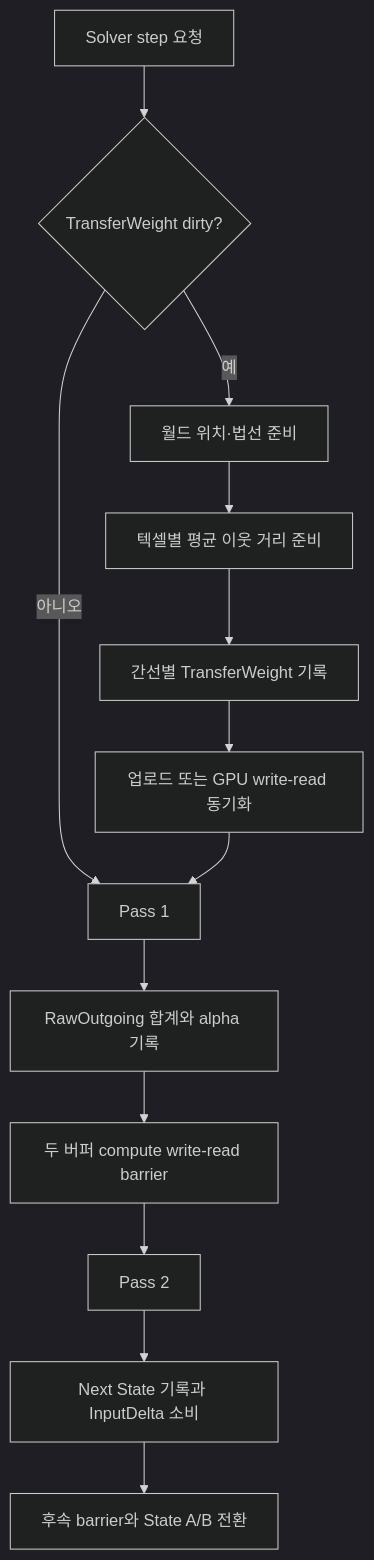
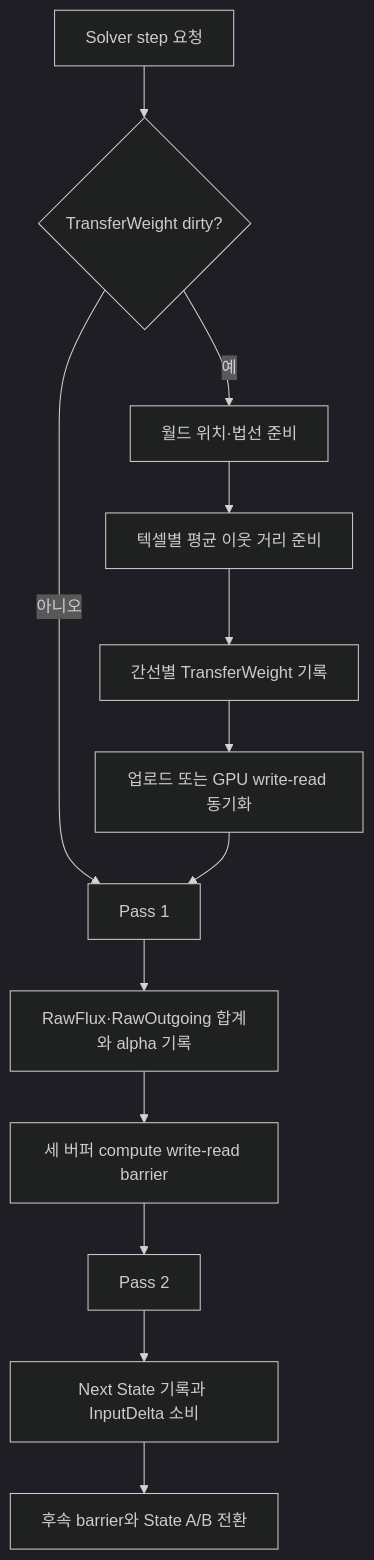
Before and after one commit to Yonaim/Material-Dependent-Surface-State-Engine: the second of 2 diagrams in Docs/MDSSP-Vault/04_Architecture/0007_Surface-Solver-Cache.md, drawn with Mermaid (dark theme). The commit also changed other lines of this file and 10 other files, not shown here.

````diff
--- a/Docs/MDSSP-Vault/04_Architecture/0007_Surface-Solver-Cache.md
+++ b/Docs/MDSSP-Vault/04_Architecture/0007_Surface-Solver-Cache.md
@@ -64,15 +68,15 @@
 ```mermaid
 flowchart TD
     Start[Solver step 요청] --> Dirty{TransferWeight dirty?}
     Dirty -->|예| World[월드 위치·법선 준비]
     World --> Mean[텍셀별 평균 이웃 거리 준비]
     Mean --> Edges[간선별 TransferWeight 기록]
     Edges --> Ready[업로드 또는 GPU write-read 동기화]
     Dirty -->|아니오| P1[Pass 1]
     Ready --> P1
-    P1 --> Store[RawOutgoing 합계와 alpha 기록]
-    Store --> Barrier[두 버퍼 compute write-read barrier]
+    P1 --> Store[RawFlux·RawOutgoing 합계와 alpha 기록]
+    Store --> Barrier[세 버퍼 compute write-read barrier]
     Barrier --> P2[Pass 2]
     P2 --> Apply[Next State 기록과 InputDelta 소비]
     Apply --> Swap[후속 barrier와 State A/B 전환]
 ```
````
